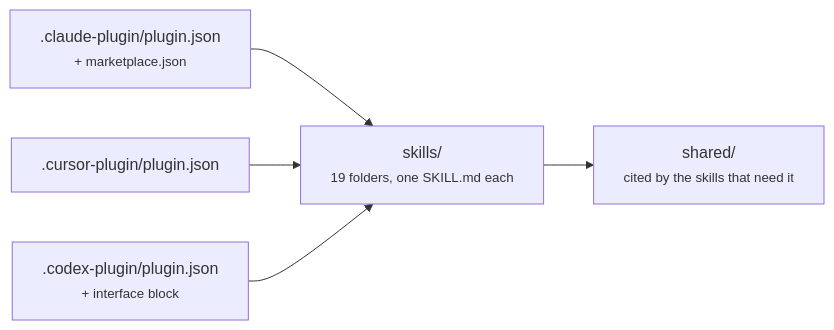
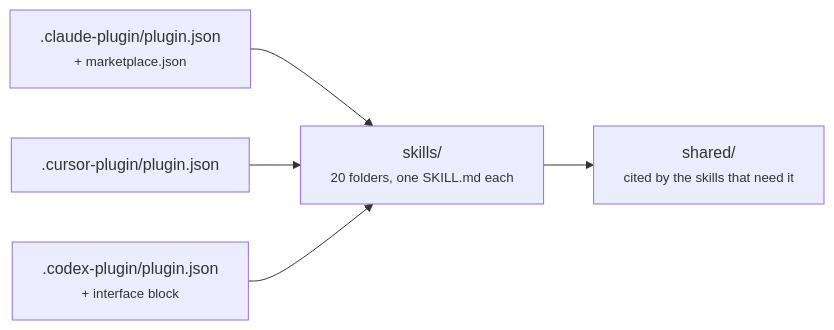
One commit to lamngockhuong/aiteamkit changed the first of 2 diagrams in docs/system-architecture.md. Above: the diagram before and after it, drawn with Mermaid. The commit also changed other lines of this file and 20 other files, not shown here.

````diff
--- a/docs/system-architecture.md
+++ b/docs/system-architecture.md
@@ -38,7 +38,7 @@
 ```mermaid
 flowchart LR
-    CP[".claude-plugin/plugin.json<br/><small>+ marketplace.json</small>"] --> SK["skills/<br/><small>19 folders, one SKILL.md each</small>"]
+    CP[".claude-plugin/plugin.json<br/><small>+ marketplace.json</small>"] --> SK["skills/<br/><small>20 folders, one SKILL.md each</small>"]
     UP[".cursor-plugin/plugin.json"] --> SK
     XP[".codex-plugin/plugin.json<br/><small>+ interface block</small>"] --> SK
     SK --> SH["shared/<br/><small>cited by the skills that need it</small>"]
 ```
````
